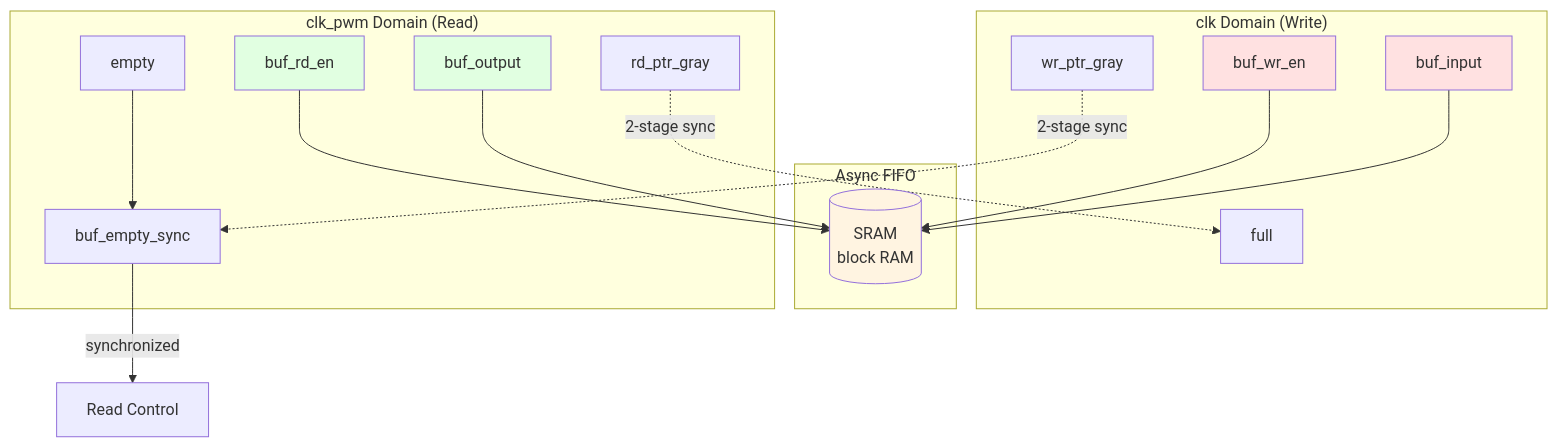
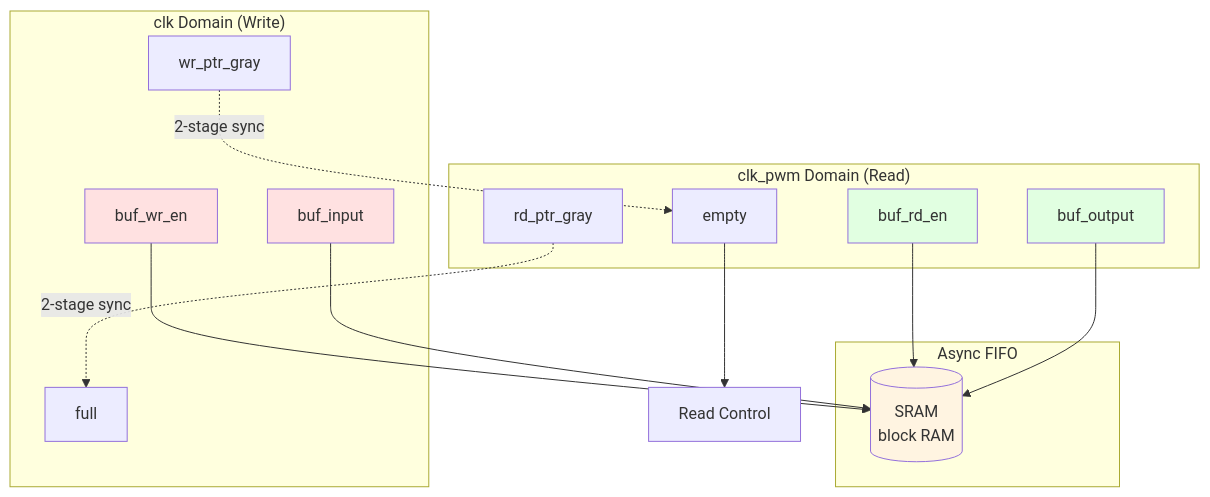
The seventh of 10 diagrams in docs/src/pwm/README.md (ekazakov1507/pwm_demo), drawn with Mermaid before and after one commit. The commit also changed other lines of this file and 10 other files, not shown here.

````diff
--- a/docs/src/pwm/README.md
+++ b/docs/src/pwm/README.md
@@ -462,38 +464,36 @@
 ```mermaid
 graph TB
     subgraph "clk Domain (Write)"
         WR_EN[buf_wr_en]
         WR_DATA[buf_input]
         WR_PTR[wr_ptr_gray]
         FULL[full]
     end
 
     subgraph "Async FIFO"
         MEM[(SRAM<br/>block RAM)]
     end
 
     subgraph "clk_pwm Domain (Read)"
         RD_EN[buf_rd_en]
         RD_DATA[buf_output]
         RD_PTR[rd_ptr_gray]
         EMPTY[empty]
-        SYNC[buf_empty_sync]
     end
 
     WR_EN --> MEM
     WR_DATA --> MEM
     RD_EN --> MEM
     RD_DATA --> MEM
 
-    WR_PTR -.->|2-stage sync| SYNC
+    WR_PTR -.->|2-stage sync| EMPTY
     RD_PTR -.->|2-stage sync| FULL
 
-    EMPTY --> SYNC
-    SYNC -->|synchronized| RD_CTRL[Read Control]
+    EMPTY --> RD_CTRL[Read Control]
 
     style WR_EN fill:#ffe1e1
     style WR_DATA fill:#ffe1e1
     style RD_EN fill:#e1ffe1
     style RD_DATA fill:#e1ffe1
     style MEM fill:#fff4e1
 ```
````
